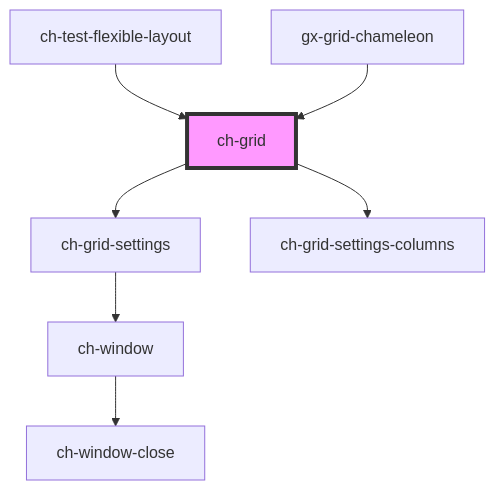
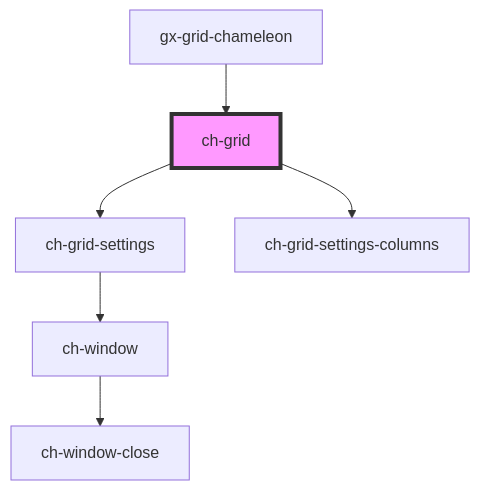
Before and after one commit to genexuslabs/chameleon-controls-library: the diagram in src/deprecated-components/grid/readme.md, drawn with Mermaid. The commit also changed other lines of this file and 15 other files, not shown here.

````diff
--- a/src/deprecated-components/grid/readme.md
+++ b/src/deprecated-components/grid/readme.md
@@ -334,10 +333,9 @@
 ```mermaid
 graph TD;
   ch-grid --> ch-grid-settings
   ch-grid --> ch-grid-settings-columns
   ch-grid-settings --> ch-window
   ch-window --> ch-window-close
-  ch-test-flexible-layout --> ch-grid
   gx-grid-chameleon --> ch-grid
   style ch-grid fill:#f9f,stroke:#333,stroke-width:4px
 ```
````
